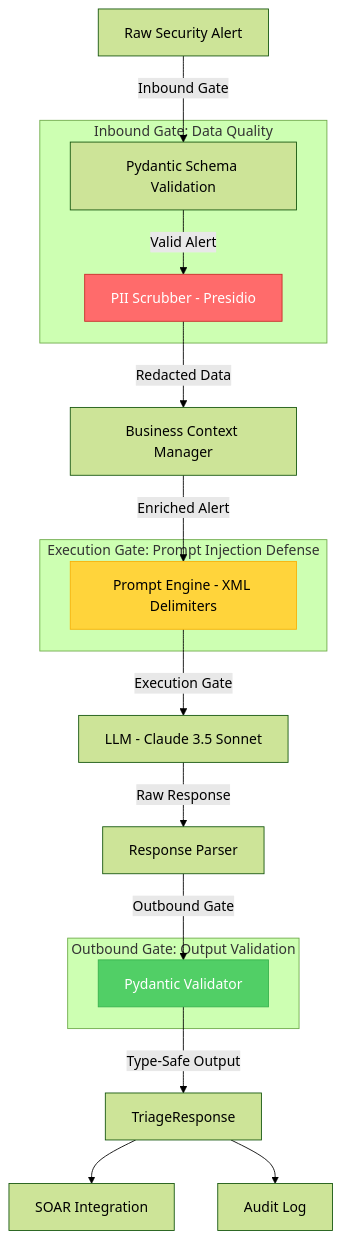
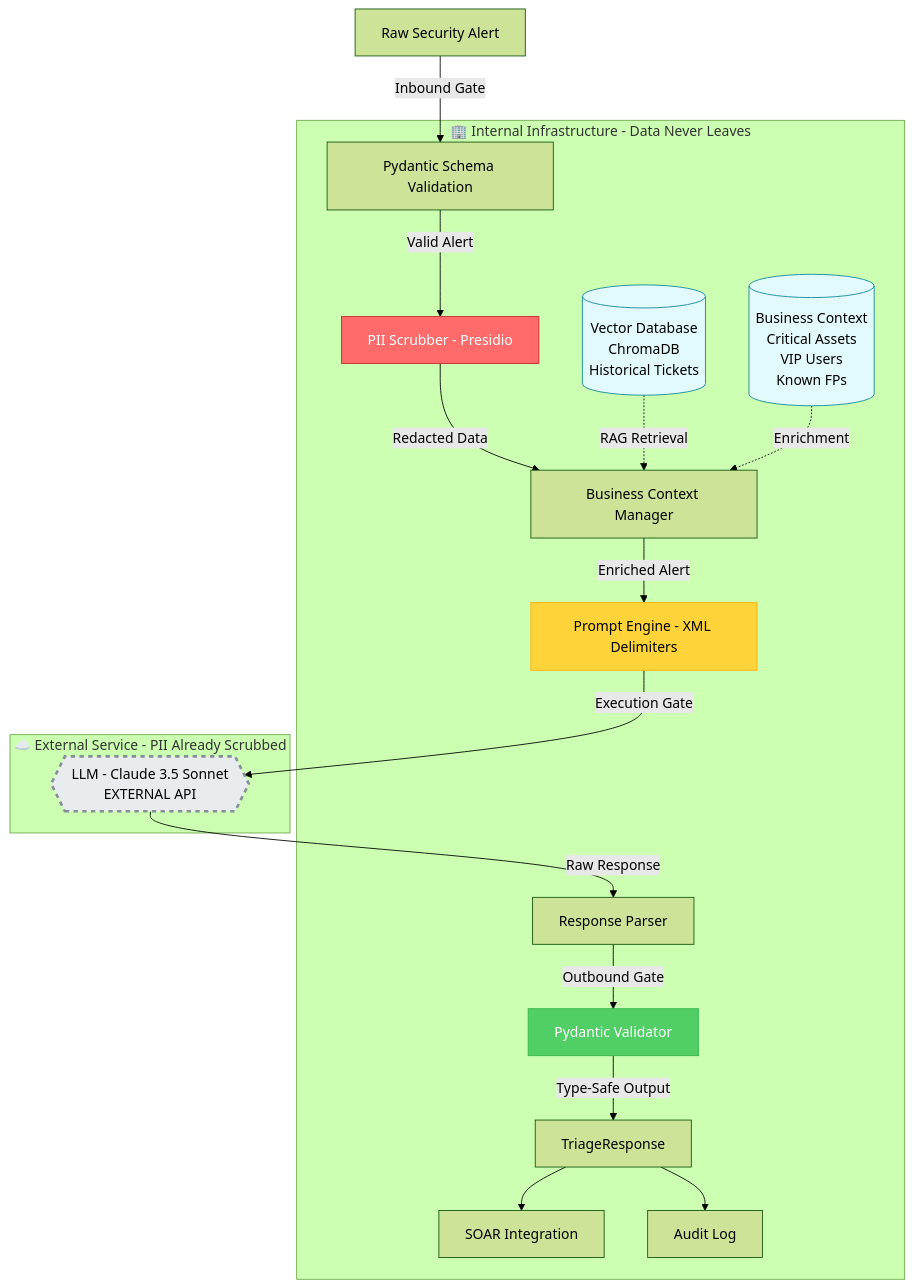
Before and after one commit to mikewolf256/llm-soc-triage: the diagram in README.md, drawn with Mermaid (forest theme). The commit also changed other lines of this file, not shown here.

First paragraph of the commit message:
Enhance architecture diagram with data residency visualization
Improved Mermaid diagram to emphasize senior-level architectural thinking:

````diff
--- a/README.md
+++ b/README.md
@@ -34,33 +34,45 @@
 ```mermaid
 graph TD
     A[Raw Security Alert] -->|Inbound Gate| B[Pydantic Schema Validation]
     B -->|Valid Alert| C[PII Scrubber - Presidio]
     C -->|Redacted Data| D[Business Context Manager]
+    
+    VDB[(Vector Database<br/>ChromaDB<br/>Historical Tickets)] -.->|RAG Retrieval| D
+    BC[(Business Context<br/>Critical Assets<br/>VIP Users<br/>Known FPs)] -.->|Enrichment| D
+    
     D -->|Enriched Alert| E[Prompt Engine - XML Delimiters]
     
-    E -->|Execution Gate| F[LLM - Claude 3.5 Sonnet]
+    E -->|Execution Gate| F{{LLM - Claude 3.5 Sonnet<br/>EXTERNAL API}}
     
     F -->|Raw Response| G[Response Parser]
     G -->|Outbound Gate| H[Pydantic Validator]
     H -->|Type-Safe Output| I[TriageResponse]
     
     I --> J[SOAR Integration]
     I --> K[Audit Log]
     
     style C fill:#ff6b6b,stroke:#c92a2a,color:#fff
     style E fill:#ffd43b,stroke:#fab005,color:#000
     style H fill:#51cf66,stroke:#37b24d,color:#fff
+    style F fill:#e9ecef,stroke:#868e96,stroke-width:3px,stroke-dasharray: 5 5
+    style VDB fill:#e3fafc,stroke:#0c8599
+    style BC fill:#e3fafc,stroke:#0c8599
     
-    subgraph "Inbound Gate: Data Quality"
+    subgraph Internal["🏢 Internal Infrastructure - Data Never Leaves"]
         B
         C
+        D
+        VDB
+        BC
+        E
+        G
+        H
+        I
+        J
+        K
     end
     
-    subgraph "Execution Gate: Prompt Injection Defense"
-        E
-    end
-    
-    subgraph "Outbound Gate: Output Validation"
-        H
+    subgraph External["☁️ External Service - PII Already Scrubbed"]
+        F
     end
 ```
````
